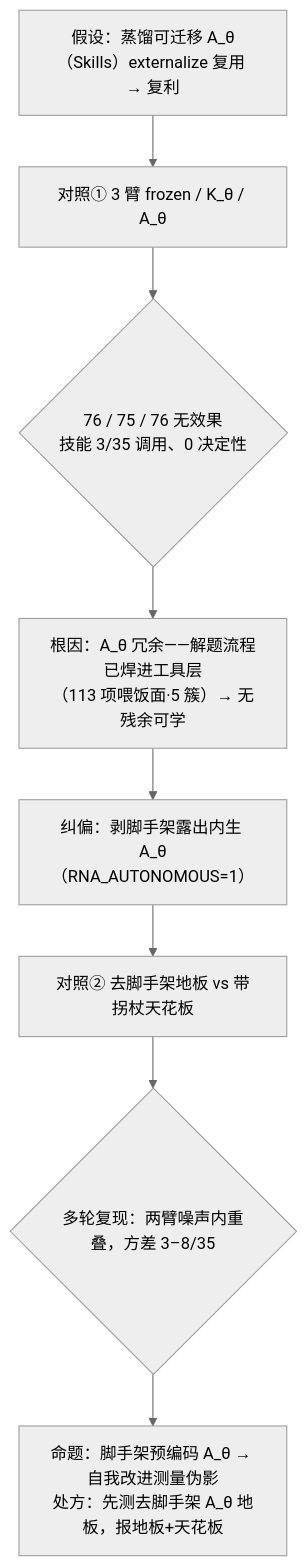
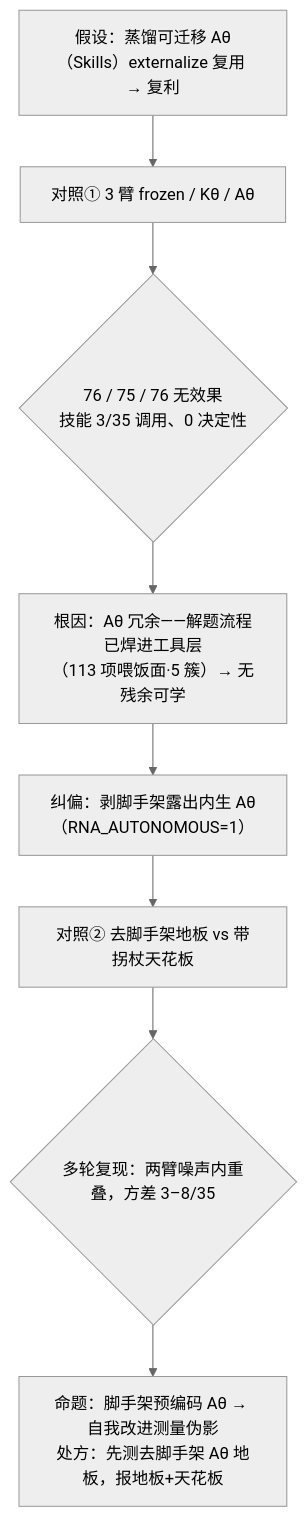
Before and after one commit to wenhui-ml/AI4RNA: the first of 2 diagrams in docs/weekly-report/2026-07-10.md, drawn with Mermaid (neutral theme). The commit also changed other lines of this file, not shown here.

````diff
--- a/docs/weekly-report/2026-07-10.md
+++ b/docs/weekly-report/2026-07-10.md
@@ -37,10 +39,10 @@
 ```mermaid
 flowchart TD
-  A["假设：蒸馏可迁移 A_θ（Skills）externalize 复用 → 复利"] --> B["对照① 3 臂 frozen / K_θ / A_θ"]
+  A["假设：蒸馏可迁移 Aθ（Skills）externalize 复用 → 复利"] --> B["对照① 3 臂 frozen / Kθ / Aθ"]
   B --> C{"76 / 75 / 76 无效果<br/>技能 3/35 调用、0 决定性"}
-  C --> D["根因：A_θ 冗余——解题流程已焊进工具层<br/>（113 项喂饭面·5 簇）→ 无残余可学"]
-  D --> E["纠偏：剥脚手架露出内生 A_θ（RNA_AUTONOMOUS=1）"]
+  C --> D["根因：Aθ 冗余——解题流程已焊进工具层<br/>（113 项喂饭面·5 簇）→ 无残余可学"]
+  D --> E["纠偏：剥脚手架露出内生 Aθ（RNA_AUTONOMOUS=1）"]
   E --> F["对照② 去脚手架地板 vs 带拐杖天花板"]
   F --> G{"多轮复现：两臂噪声内重叠，方差 3–8/35"}
-  G --> H["命题：脚手架预编码 A_θ → 自我改进测量伪影<br/>处方：先测去脚手架 A_θ 地板，报地板+天花板"]
+  G --> H["命题：脚手架预编码 Aθ → 自我改进测量伪影<br/>处方：先测去脚手架 Aθ 地板，报地板+天花板"]
 ```
````
